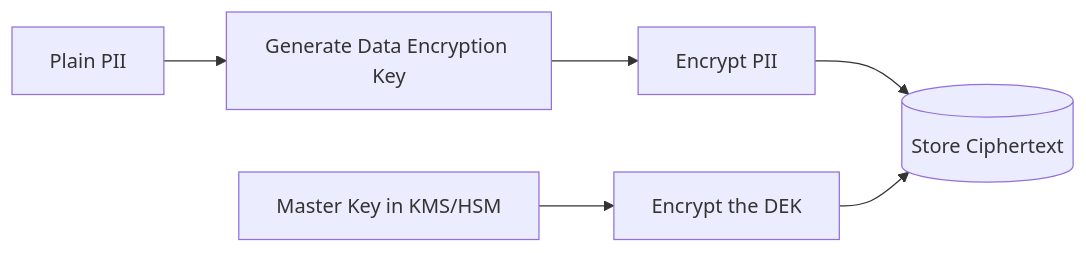
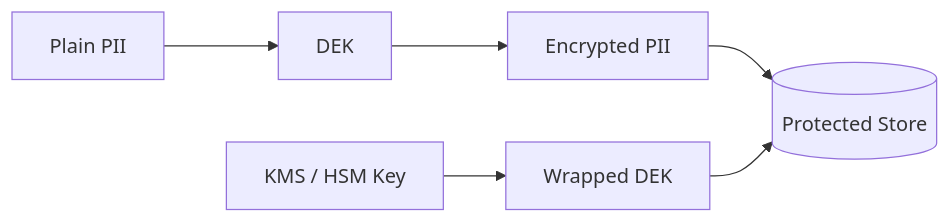
The fourth of 6 diagrams in src/content/security/pii-kyc-data-handling.md (AvadhBhalodiya/Interview-Preparation), drawn with Mermaid before and after one commit. The commit also changed other lines of this file and 54 other files, not shown here.

````diff
--- a/src/content/security/pii-kyc-data-handling.md
+++ b/src/content/security/pii-kyc-data-handling.md
@@ -536,8 +226,8 @@
 ```mermaid
 flowchart LR
-    P[Plain PII] --> DEK[Generate Data Encryption Key]
-    DEK --> C[Encrypt PII]
-    MK[Master Key in KMS/HSM] --> E[Encrypt the DEK]
-    C --> DB[(Store Ciphertext)]
-    E --> DB
+    P[Plain PII] --> D[DEK]
+    D --> C[Encrypted PII]
+    K[KMS / HSM Key] --> W[Wrapped DEK]
+    C --> DB[(Protected Store)]
+    W --> DB
 ```
````
